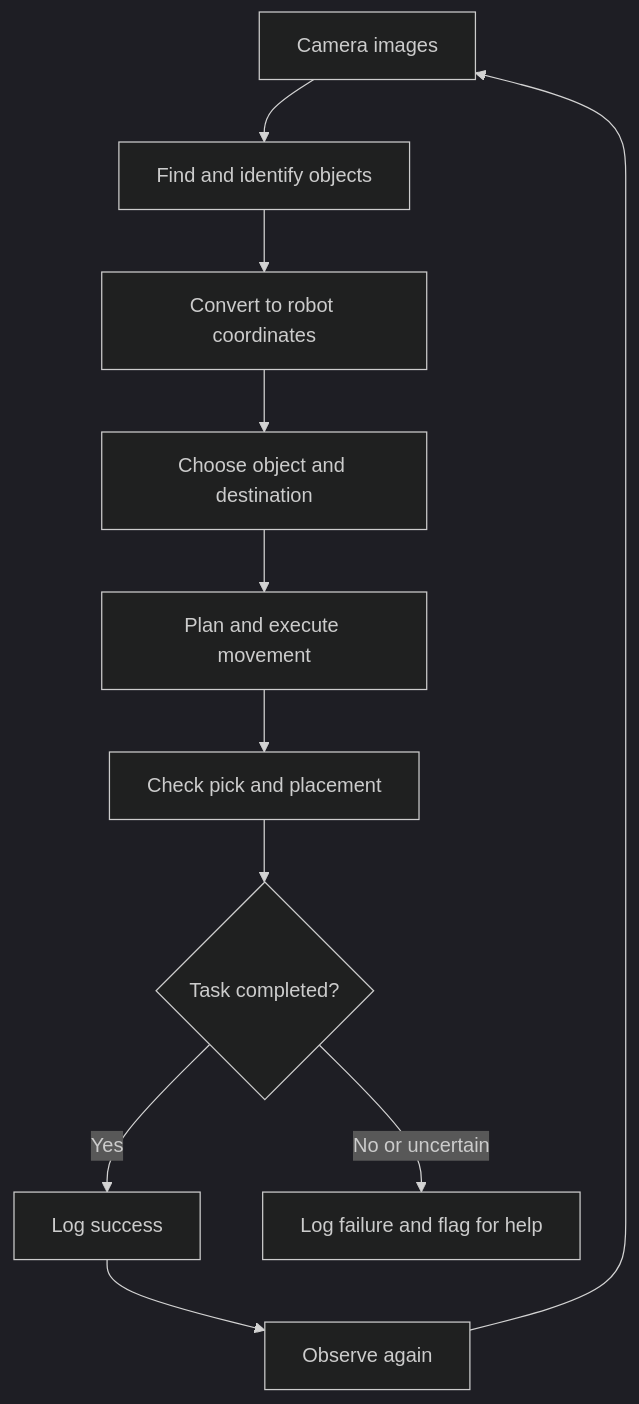
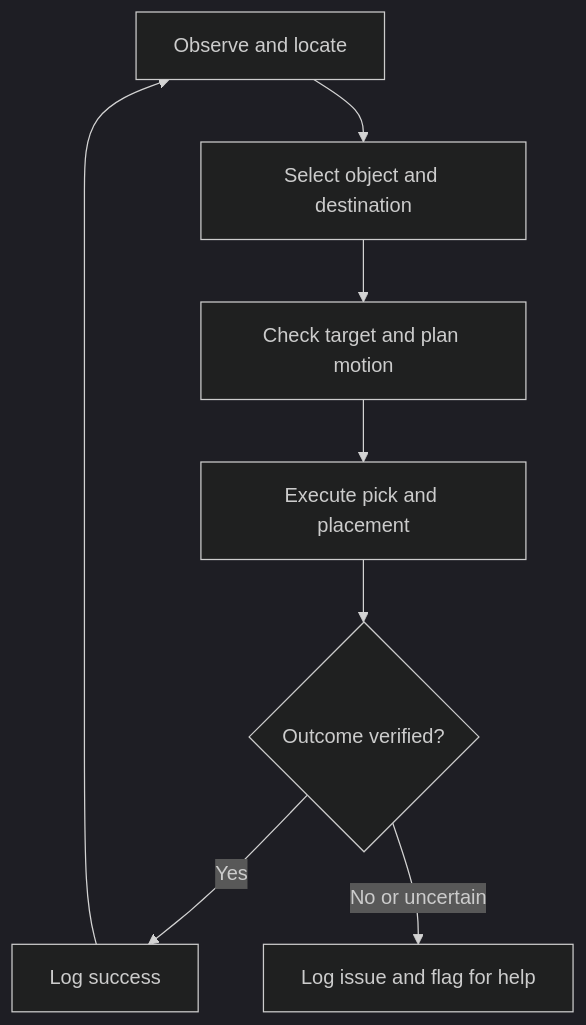
The diagram in ARCHITECTURE.md (ALL-Applied-AI-Network/msoe-ai-club-rockwell-automation-nvidia-hackath-andrew-bieber-s-team-ba6c455dcc), drawn with Mermaid (dark theme) before and after one commit. The commit also changed other lines of this file and 5 other files, not shown here.

````diff
--- a/ARCHITECTURE.md
+++ b/ARCHITECTURE.md
@@ -11,13 +11,10 @@
 ```mermaid
 flowchart TD
-    A["Camera images"] --> B["Find and identify objects"]
-    B --> C["Convert to robot coordinates"]
-    C --> D["Choose object and destination"]
-    D --> E["Plan and execute movement"]
-    E --> F["Check pick and placement"]
-    F --> G{"Task completed?"}
-    G -->|Yes| H["Log success"]
-    G -->|No or uncertain| I["Log failure and flag for help"]
-    H --> J["Observe again"]
-    J --> A
+    A["Observe and locate"] --> B["Select object and destination"]
+    B --> C["Check target and plan motion"]
+    C --> D["Execute pick and placement"]
+    D --> E{"Outcome verified?"}
+    E -->|Yes| F["Log success"]
+    E -->|No or uncertain| G["Log issue and flag for help"]
+    F --> A
 ```
````
